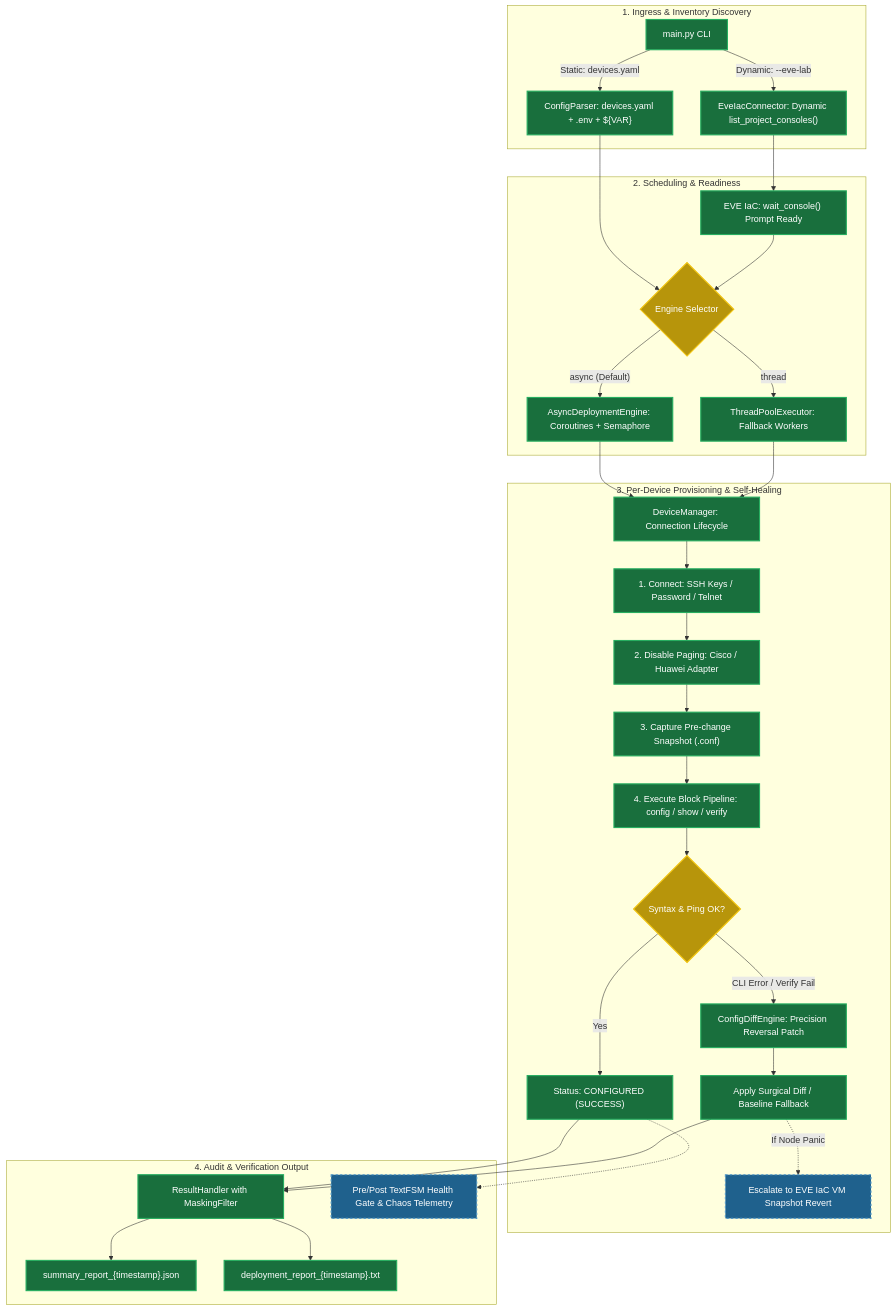
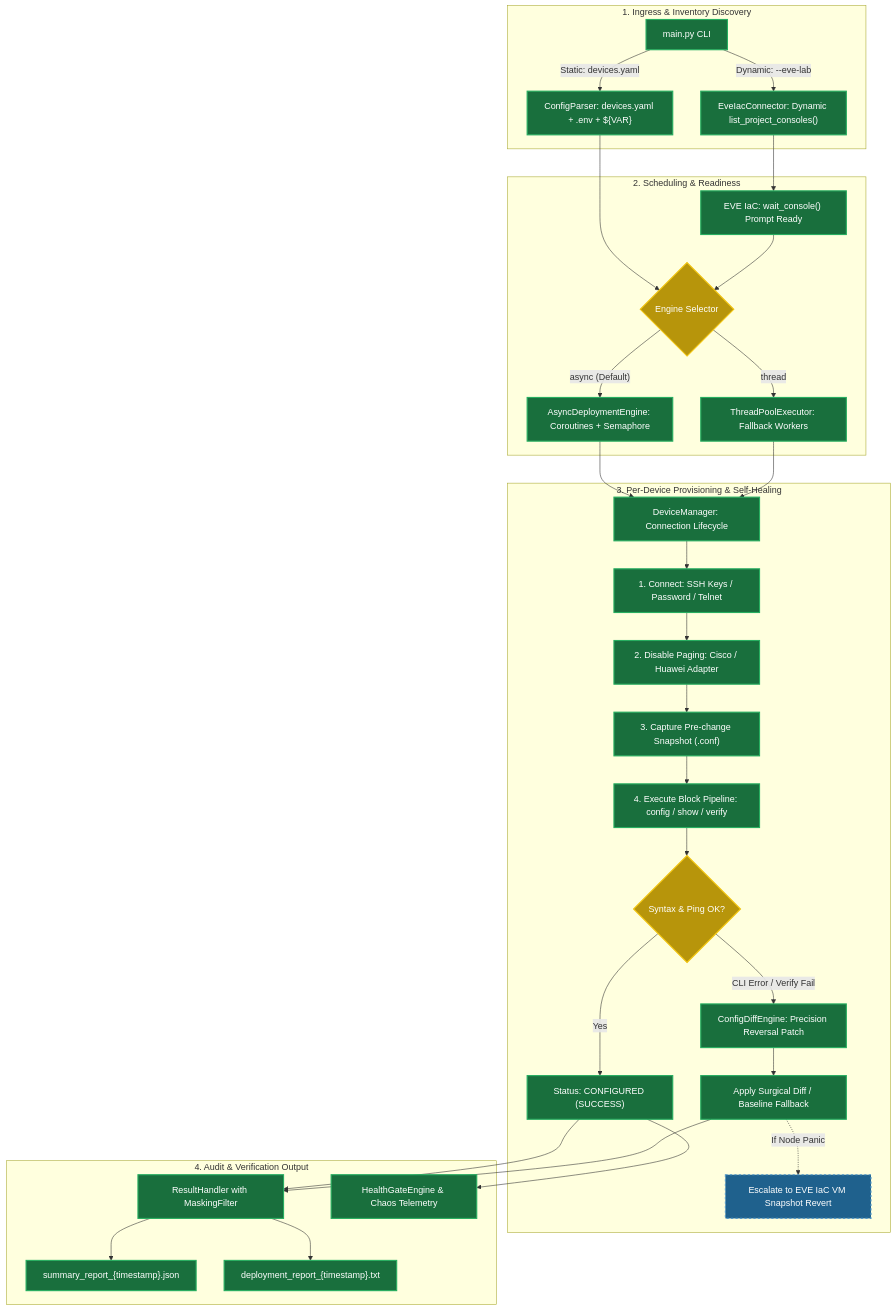
Before and after one commit to shaolinzhou/PNetGimini: the diagram in README.md, drawn with Mermaid. The commit also changed other lines of this file and 7 other files, not shown here.

Commit message:
feat(v3.3): implement declarative health gate engine and digital twin chaos orchestrator

````diff
--- a/README.md
+++ b/README.md
@@ -41,61 +41,61 @@
 ```mermaid
 flowchart TD
     %% Status Styling Classes
     classDef implemented fill:#196f3d,stroke:#27ae60,stroke-width:2px,color:#ffffff;
     classDef planned fill:#1f618d,stroke:#5499c7,stroke-width:2px,stroke-dasharray: 4 4,color:#ffffff;
     classDef decision fill:#b7950b,stroke:#f1c40f,stroke-width:2px,color:#ffffff;
 
     subgraph Stage1 ["1. Ingress & Inventory Discovery"]
         A["main.py CLI"]:::implemented
         B1["ConfigParser: devices.yaml + .env + ${VAR}"]:::implemented
         B2["EveIacConnector: Dynamic list_project_consoles()"]:::implemented
         A -->|"Static: devices.yaml"| B1
         A -->|"Dynamic: --eve-lab"| B2
     end
 
     subgraph Stage2 ["2. Scheduling & Readiness"]
         W["EVE IaC: wait_console() Prompt Ready"]:::implemented
         C{"Engine Selector"}:::decision
         D1["AsyncDeploymentEngine: Coroutines + Semaphore"]:::implemented
         D2["ThreadPoolExecutor: Fallback Workers"]:::implemented
         B1 --> C
         B2 --> W
         W --> C
         C -->|"async (Default)"| D1
         C -->|"thread"| D2
     end
 
     subgraph Stage3 ["3. Per-Device Provisioning & Self-Healing"]
         E["DeviceManager: Connection Lifecycle"]:::implemented
         D1 --> E
         D2 --> E
         F1["1. Connect: SSH Keys / Password / Telnet"]:::implemented
         F2["2. Disable Paging: Cisco / Huawei Adapter"]:::implemented
         F3["3. Capture Pre-change Snapshot (.conf)"]:::implemented
         F4["4. Execute Block Pipeline: config / show / verify"]:::implemented
         F5{"Syntax & Ping OK?"}:::decision
         F6["Status: CONFIGURED (SUCCESS)"]:::implemented
         F7["ConfigDiffEngine: Precision Reversal Patch"]:::implemented
         F8["Apply Surgical Diff / Baseline Fallback"]:::implemented
         F9["Escalate to EVE IaC VM Snapshot Revert"]:::planned
 
         E --> F1 --> F2 --> F3 --> F4 --> F5
         F5 -->|"Yes"| F6
         F5 -->|"CLI Error / Verify Fail"| F7
         F7 --> F8
         F8 -.->|"If Node Panic"| F9
     end
 
     subgraph Stage4 ["4. Audit & Verification Output"]
         G["ResultHandler with MaskingFilter"]:::implemented
         H1["summary_report_{timestamp}.json"]:::implemented
         H2["deployment_report_{timestamp}.txt"]:::implemented
-        H3["Pre/Post TextFSM Health Gate & Chaos Telemetry"]:::planned
+        H3["HealthGateEngine & Chaos Telemetry"]:::implemented
 
         F6 --> G
         F8 --> G
         G --> H1
         G --> H2
-        F6 -.-> H3
+        F6 --> H3
     end
 ```
````
